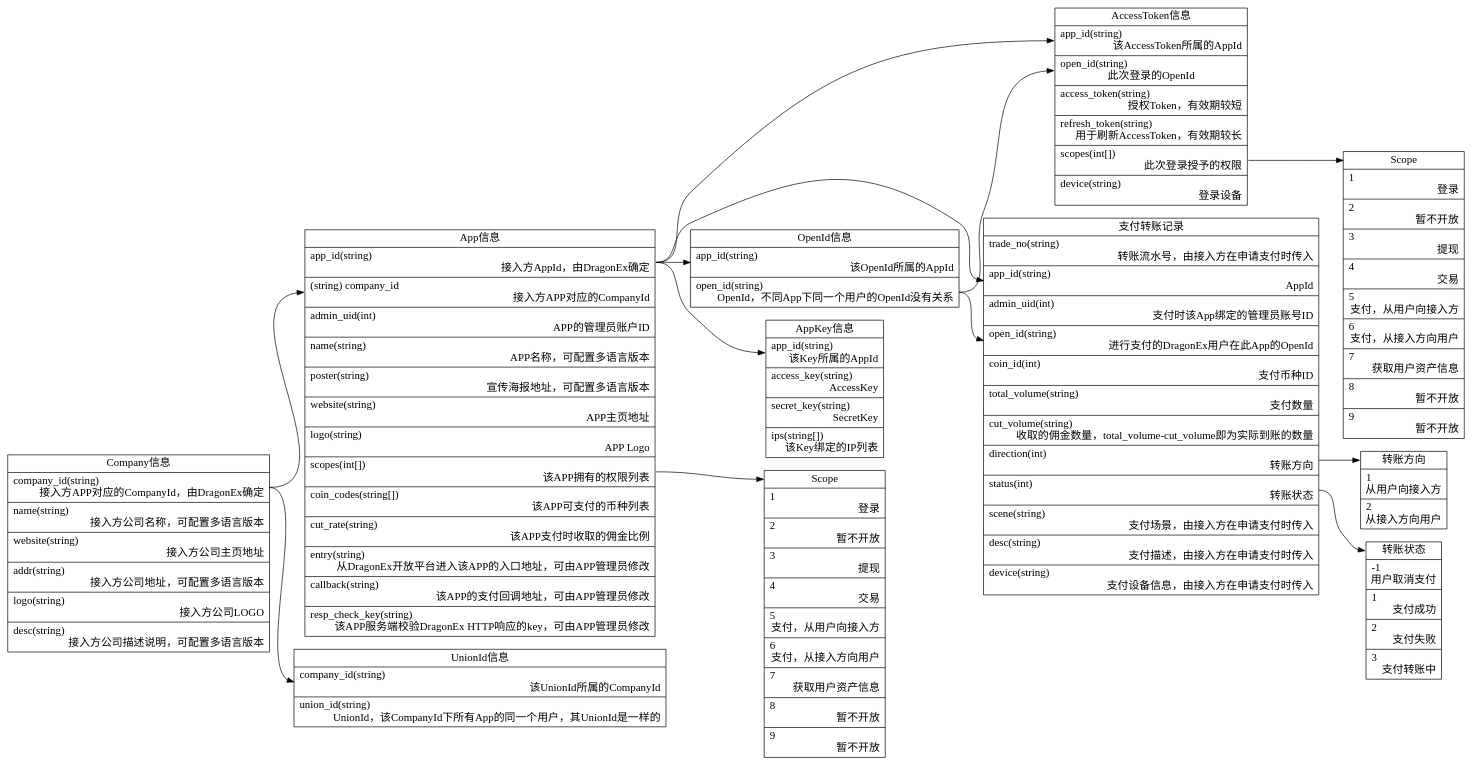
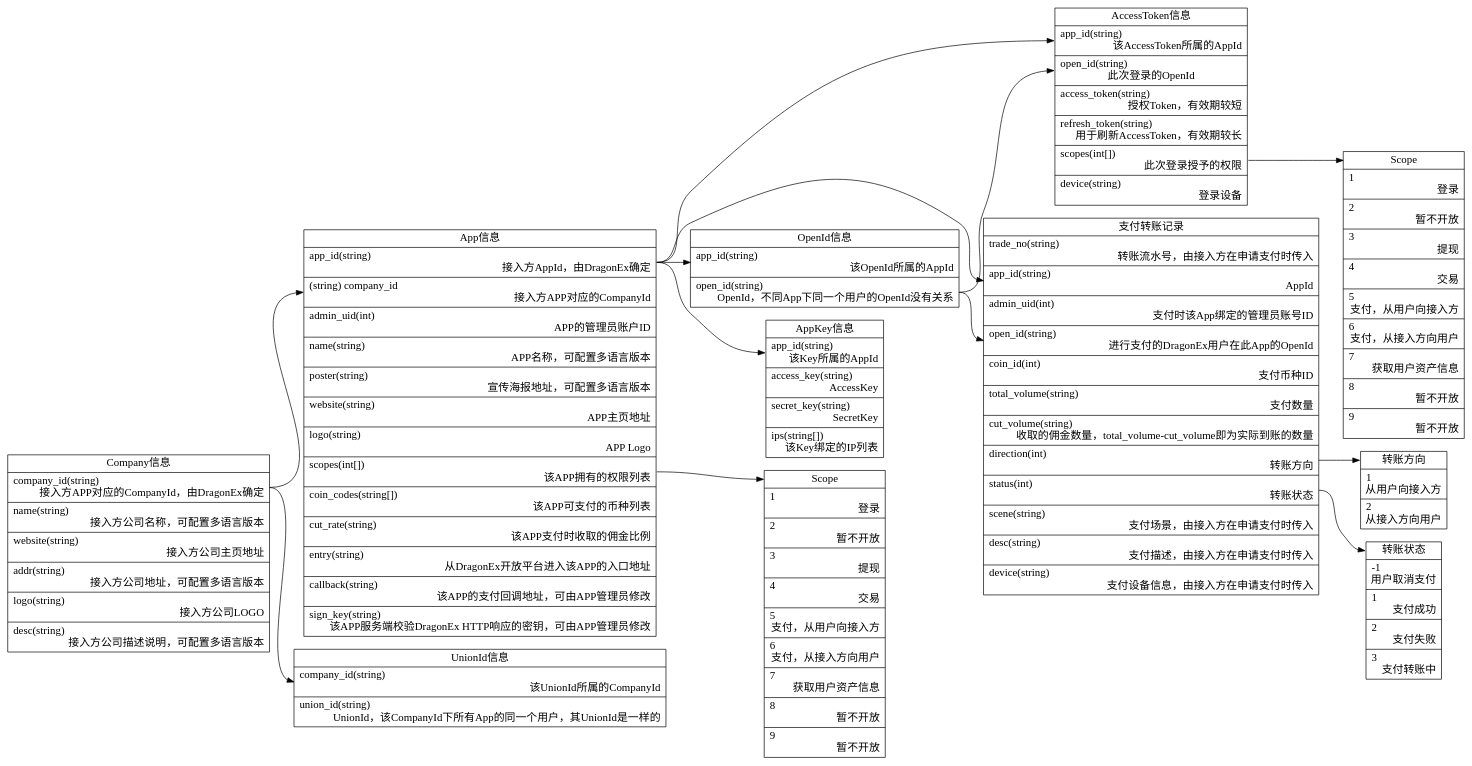
The diagram in docs/cn/images/datastruct.dot (Dragonexio/OAuth), drawn with Graphviz before and after one commit. The commit also changed 5 other files, not shown here.

Commit message:
update sign key

```diff
--- a/docs/cn/images/datastruct.dot
+++ b/docs/cn/images/datastruct.dot
@@ -1,141 +1,141 @@
 digraph g {
 graph [
     rankdir = "LR" // 说明图为从做向右横向的
 ];
 
 node [
     fontsize = "16"
     shape=record  // 数据结构
 ];
 
 Company [
     label = "Company信息
     | <company_id> company_id(string) \l 接入方APP对应的CompanyId，由DragonEx确定\r
     | name(string) \l 接入方公司名称，可配置多语言版本\r
     | website(string) \l 接入方公司主页地址\r
     | addr(string) \l 接入方公司地址，可配置多语言版本\r
     | logo(string) \l 接入方公司LOGO\r
     | desc(string) \l 接入方公司描述说明，可配置多语言版本\r
     "
 ]
 
 App [
     label = "App信息
     | <app_id> app_id(string) \l 接入方AppId，由DragonEx确定\r
     | <company_id>(string) company_id \l 接入方APP对应的CompanyId\r
     | admin_uid(int) \l APP的管理员账户ID\r
     | name(string) \l APP名称，可配置多语言版本\r
     | poster(string) \l 宣传海报地址，可配置多语言版本\r
     | website(string) \l APP主页地址\r
     | logo(string) \l APP Logo\r
     | <scopes> scopes(int[]) \l 该APP拥有的权限列表\r
     | coin_codes(string[]) \l 该APP可支付的币种列表\r
     | cut_rate(string) \l 该APP支付时收取的佣金比例\r
-    | entry(string) \l 从DragonEx开放平台进入该APP的入口地址，可由APP管理员修改\r
+    | entry(string) \l 从DragonEx开放平台进入该APP的入口地址\r
     | callback(string) \l 该APP的支付回调地址，可由APP管理员修改\r
-    | resp_check_key(string) \l 该APP服务端校验DragonEx HTTP响应的key，可由APP管理员修改\r
+    | sign_key(string) \l 该APP服务端校验DragonEx HTTP响应的密钥，可由APP管理员修改\r
     "
 ]
 
 
 Scopes1, Scopes2 [
     label = "<scopes> Scope
     | <1> 1 \l 登录\r
     | <2> 2 \l 暂不开放\r
     | <3> 3 \l 提现\r
     | <4> 4 \l 交易\r
     | <5> 5 \l 支付，从用户向接入方\r
     | <6> 6 \l 支付，从接入方向用户\r
     | <7> 7 \l 获取用户资产信息\r
     | <8> 8 \l 暂不开放\r
     | <9> 9 \l 暂不开放\r
     "
 ]
 
 AppKey [
     label = "AppKey信息
     | <app_id> app_id(string) \l 该Key所属的AppId\r
     | access_key(string) \l AccessKey\r
     | secret_key(string) \l SecretKey\r
     | ips(string[]) \l 该Key绑定的IP列表\r
     "
 ]
 
 UnionId [
     label = "UnionId信息
     | <company_id> company_id(string) \l 该UnionId所属的CompanyId\r
     | union_id(string) \l UnionId，该CompanyId下所有App的同一个用户，其UnionId是一样的\r
     "
 ]
 
 OpenId [
     label = "OpenId信息
     | <app_id> app_id(string) \l 该OpenId所属的AppId\r
     | <open_id> open_id(string) \l OpenId，不同App下同一个用户的OpenId没有关系\r
     "
 ]
 
 AccessToken [
     label = "AccessToken信息
     | <app_id> app_id(string) \l 该AccessToken所属的AppId\r
     | <open_id> open_id(string) \l 此次登录的OpenId
     | access_token(string) \l 授权Token，有效期较短\r
     | refresh_token(string) \l 用于刷新AccessToken，有效期较长\r
     | <scopes> scopes(int[]) \l 此次登录授予的权限\r
     | device(string) \l 登录设备\r
     "
 ]
 
 TransLog [
     label = "支付转账记录
     | trade_no(string) \l 转账流水号，由接入方在申请支付时传入\r
     | <app_id> app_id(string) \l AppId\r
     | admin_uid(int) \l 支付时该App绑定的管理员账号ID\r
     | <open_id> open_id(string) \l 进行支付的DragonEx用户在此App的OpenId\r
     | coin_id(int) \l 支付币种ID\r
     | total_volume(string) \l 支付数量\r
     | cut_volume(string) \l 收取的佣金数量，total_volume-cut_volume即为实际到账的数量\r
     | <direction> direction(int) \l 转账方向\r
     | <status> status(int) \l 转账状态\r
     | scene(string) \l 支付场景，由接入方在申请支付时传入\r
     | desc(string) \l 支付描述，由接入方在申请支付时传入\r
     | device(string) \l 支付设备信息，由接入方在申请支付时传入\r
     "
 ]
 
 
 TransDirection [
     label = "<direction> 转账方向
     | <1> 1\l从用户向接入方\r
     | <2> 2\l从接入方向用户\r
     "
 ]
 
 TransStatus [
     label = "<status> 转账状态
     | <-1> -1\l用户取消支付\r
     | <1> 1\l支付成功\r
     | <2> 2\l支付失败\r
     | <3> 3\l支付转账中\r
     "
 ]
 
 
 Company:company_id -> App:company_id;
 Company:company_id -> UnionId:company_id;
 
 App:app_id -> OpenId:app_id;
 App:app_id -> AppKey:app_id;
 App:app_id -> AccessToken:app_id;
 App:scopes -> Scopes1:scopes;
 
 OpenId:open_id -> AccessToken:open_id;
 
 AccessToken:scopes -> Scopes2:scopes;
 
 App:app_id -> TransLog:app_id;
 OpenId:open_id -> TransLog:open_id;
 
 TransLog:direction -> TransDirection:direction;
 TransLog:status -> TransStatus:status;
 }
```
